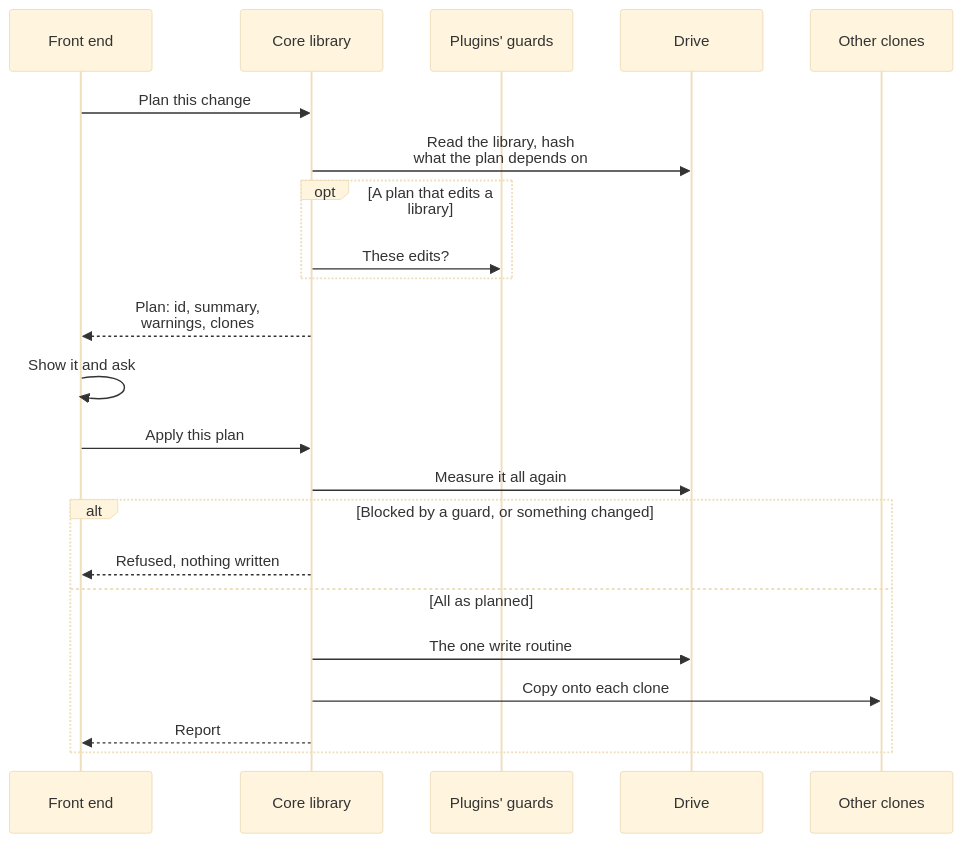
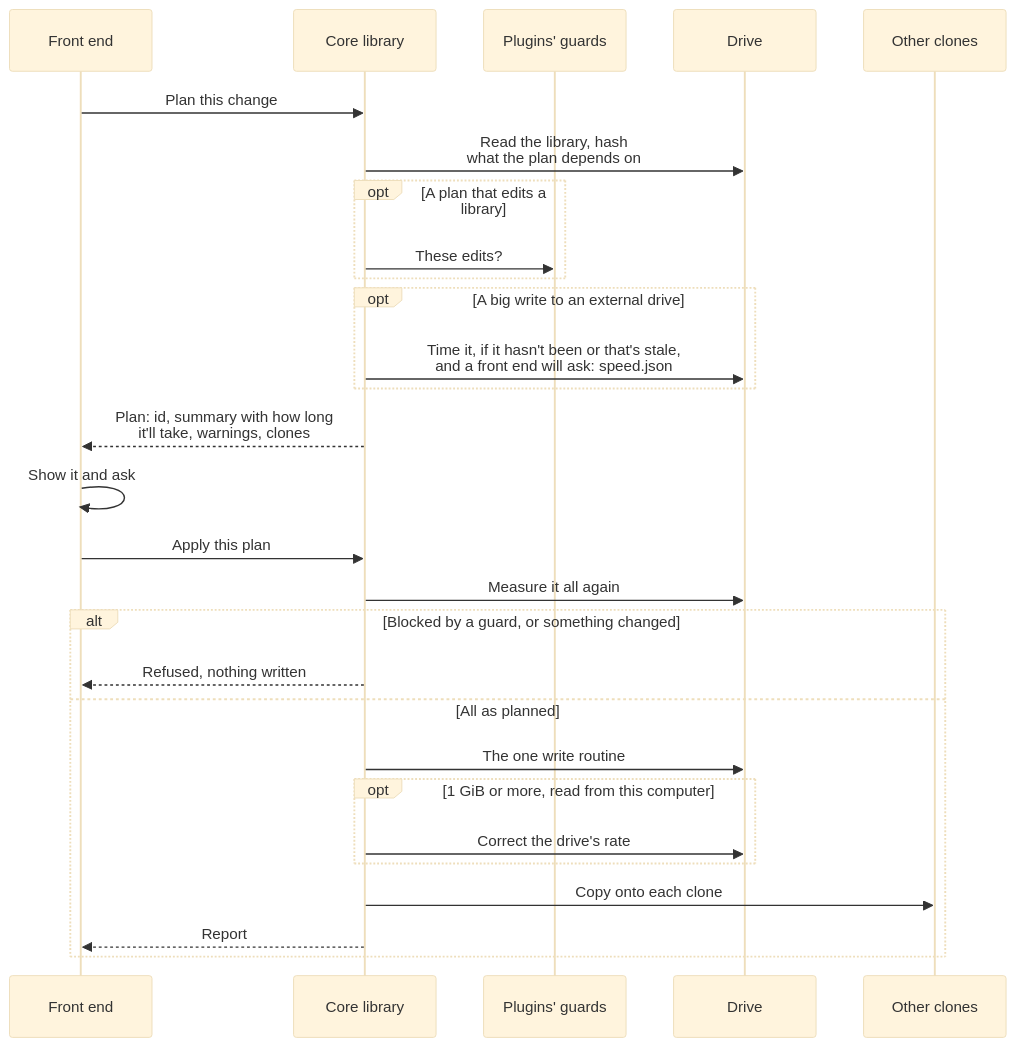
One commit to cutenode/localnetwork changed the first of 19 diagrams in apps/locallibrary/docs/diagrams/changing-drives.md. Above: the diagram before and after it, drawn with Mermaid (base theme). The commit also changed other lines of this file and 6 other files, not shown here.

First line of the commit message:
docs(locallibrary): bring the diagrams up to date with the code

````diff
--- a/apps/locallibrary/docs/diagrams/changing-drives.md
+++ b/apps/locallibrary/docs/diagrams/changing-drives.md
@@ -29,24 +29,30 @@
 ```mermaid
 sequenceDiagram
     participant F as Front end
     participant A as Core library
     participant G as Plugins' guards
     participant D as Drive
     participant C as Other clones
     F->>A: Plan this change
     A->>D: Read the library, hash<br/>what the plan depends on
     opt A plan that edits a library
         A->>G: These edits?
     end
-    A-->>F: Plan: id, summary,<br/>warnings, clones
+    opt A big write to an external drive
+        A->>D: Time it, if it hasn't been or that's stale,<br/>and a front end will ask: speed.json
+    end
+    A-->>F: Plan: id, summary with how long<br/>it'll take, warnings, clones
     F->>F: Show it and ask
     F->>A: Apply this plan
     A->>D: Measure it all again
     alt Blocked by a guard, or something changed
         A-->>F: Refused, nothing written
     else All as planned
         A->>D: The one write routine
+        opt 1 GiB or more, read from this computer
+            A->>D: Correct the drive's rate
+        end
         A->>C: Copy onto each clone
         A-->>F: Report
     end
 ```
````
